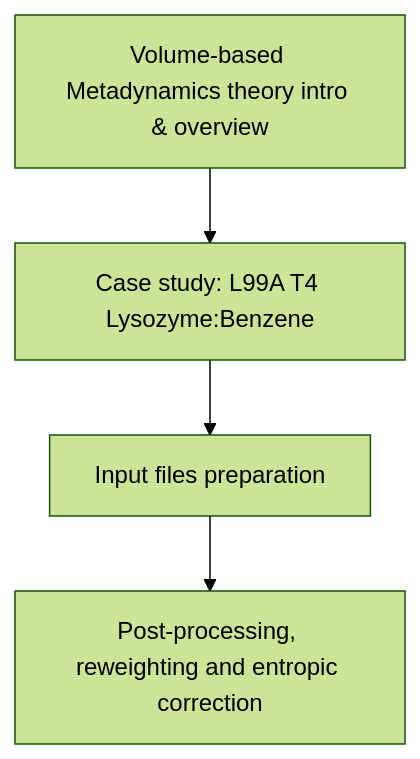
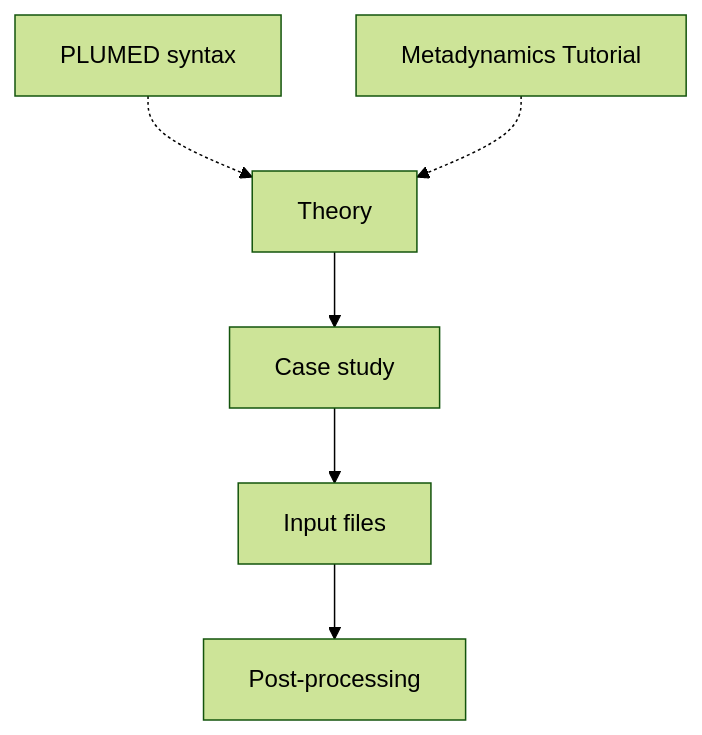
One commit to compsb-unimi/VMetaD-tutorial changed the diagram in NAVIGATION.md. Above: the diagram before and after it, drawn with Mermaid (forest theme). The commit also changed 4 other files, not shown here.

Commit message:
added previous tutorial and plumed syntax detection

````diff
--- a/NAVIGATION.md
+++ b/NAVIGATION.md
@@ -21,12 +21,15 @@
 ```mermaid
 flowchart TB
-  A[Volume-based Metadynamics theory intro & overview]
-  A --> B[Case study: L99A T4 Lysozyme:Benzene]
-  B --> C[Input files preparation]
-  C --> D[Post-processing, reweighting and entropic correction]
+  A[PLUMED syntax] -.-> C[Theory];
+  B[Metadynamics Tutorial] -.->  C
+  C --> D[Case study]
+  D --> E[Input files]
+  E --> F[Post-processing]
   
-  click A "theory.md" "Volume-based Metadynamics theory intro & overview"
-  click B "lysozyme_benzene.md" "Case study: L99A T4 Lysozyme:Benzene"
-  click C "input.md" "Input files preparation"
-  click D "postprocessing.md" "Post-processing, reweighting and entropic correction"
+  click A "syntax" "This lesson teaches you the basic features of the PLUMED input syntax"
+  click B "metad" "This lesson teaches you how to perform and analyze Metadynamics simulations"
+  click C "theory.md" "Volume-based Metadynamics theory intro & overview"
+  click D "lysozyme_benzene.md" "Case study: L99A T4 Lysozyme:Benzene"
+  click E "input.md" "Input files preparation"
+  click F "postprocessing.md" "Post-processing, reweighting and entropic correction"
 ```
````
